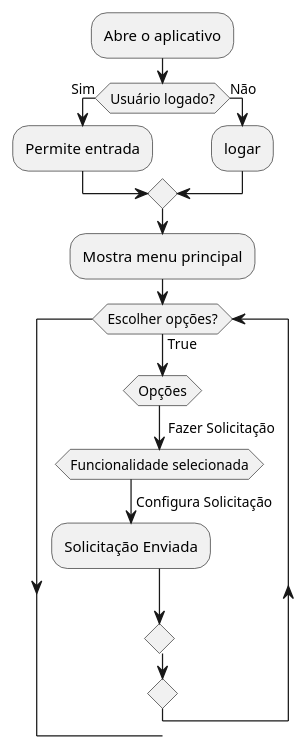
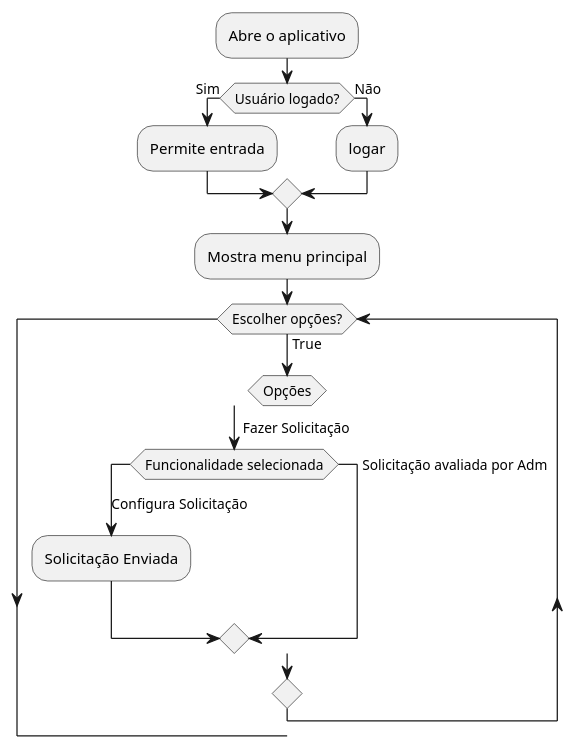
One commit to RenataArdito/Alerta-ADS changed the diagram in ActivityDiagram.md. Above: the diagram before and after it, drawn with PlantUML.

````diff
--- a/ActivityDiagram.md
+++ b/ActivityDiagram.md
@@ -1,25 +1,26 @@
 ```plantuml
 @startuml
 
 :Abre o aplicativo;
 
 if (Usuário logado?) then (Sim)
     :Permite entrada;
 else (Não)
     :logar;
 endif
 :Mostra menu principal;
 
 while (Escolher opções?) is (True)
 
 switch (Opções)
 case ( Fazer Solicitação )
     switch (Funcionalidade selecionada)
     case (Configura Solicitação)
         :Solicitação Enviada;
+        case(Solicitação avaliada por Adm)
     endswitch
 endswitch
 
 
 @enduml
 ```
````
